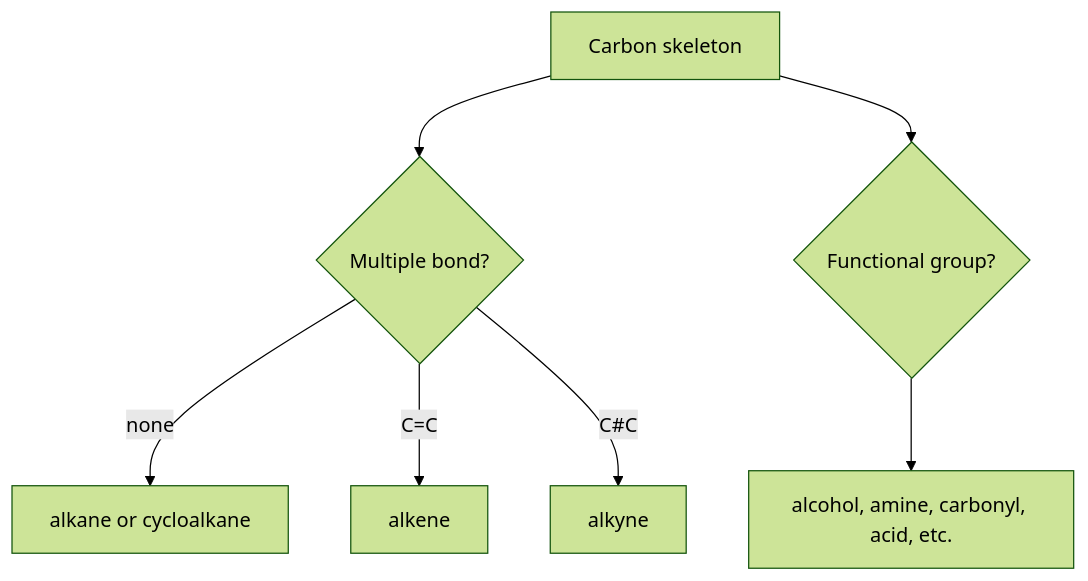
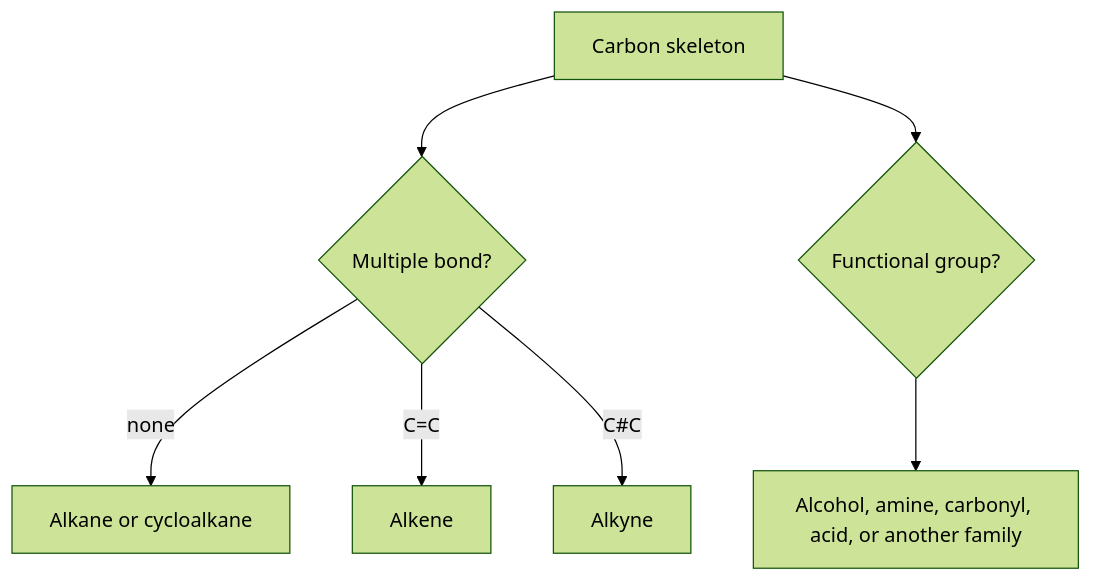
One commit to justinbrianhwang/SJ-wiki changed the diagram in docs/chemistry/general/organic-chemistry.md. Above: the diagram before and after it, drawn with Mermaid (forest theme). The commit also changed other lines of this file and 955 other files, not shown here.

````diff
--- a/docs/chemistry/general/organic-chemistry.md
+++ b/docs/chemistry/general/organic-chemistry.md
@@ -65,9 +51,9 @@
 ```mermaid
 graph TD
   A[Carbon skeleton] --> B{"Multiple bond?"}
-  B -->|none| C[alkane or cycloalkane]
-  B -->|"C=C"| D[alkene]
-  B -->|C#C| E[alkyne]
+  B -->|none| C[Alkane or cycloalkane]
+  B -->|"C=C"| D[Alkene]
+  B -->|C#C| E[Alkyne]
   A --> F{"Functional group?"}
-  F --> G["alcohol, amine, carbonyl, acid, etc."]
+  F --> G["Alcohol, amine, carbonyl, acid, or another family"]
 ```
````
